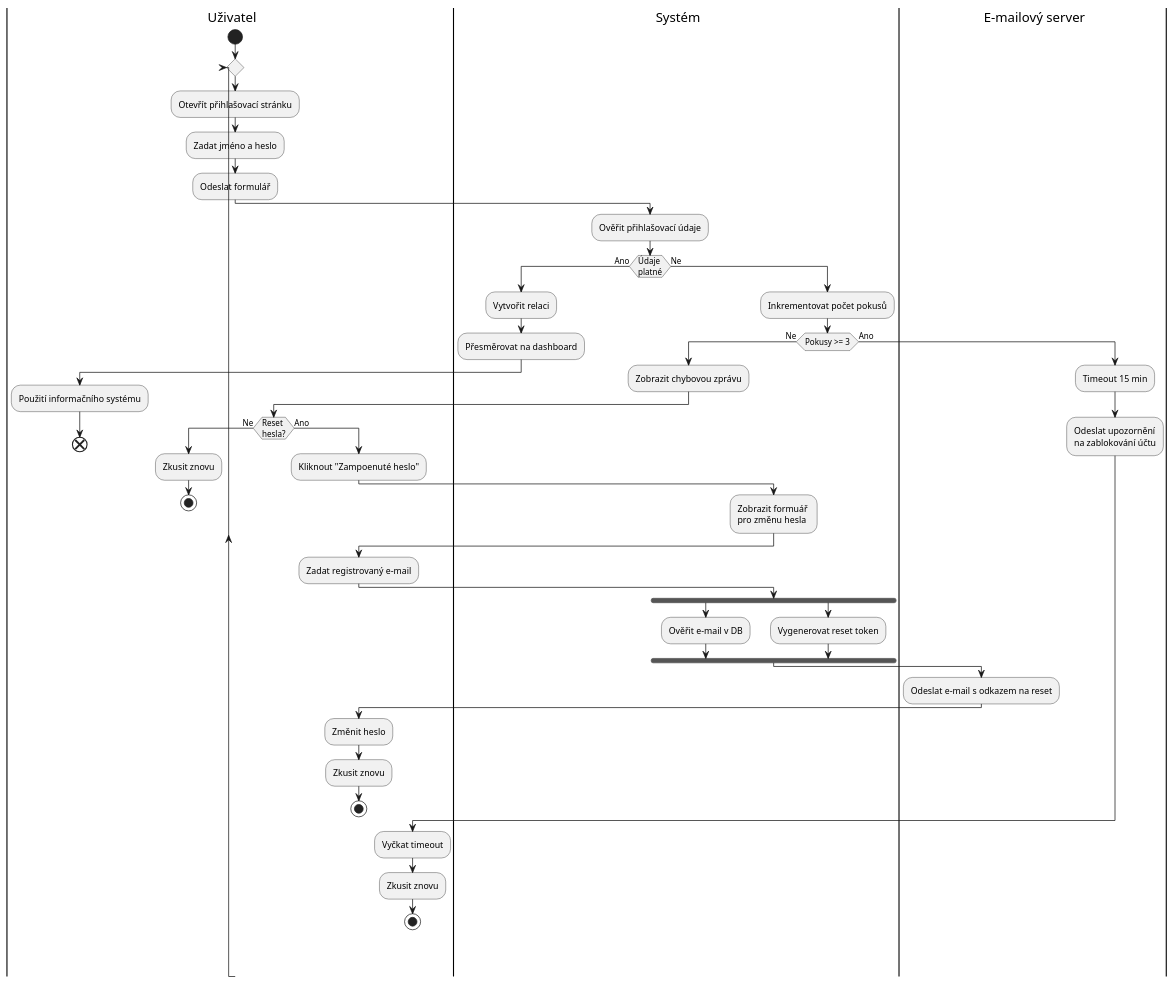
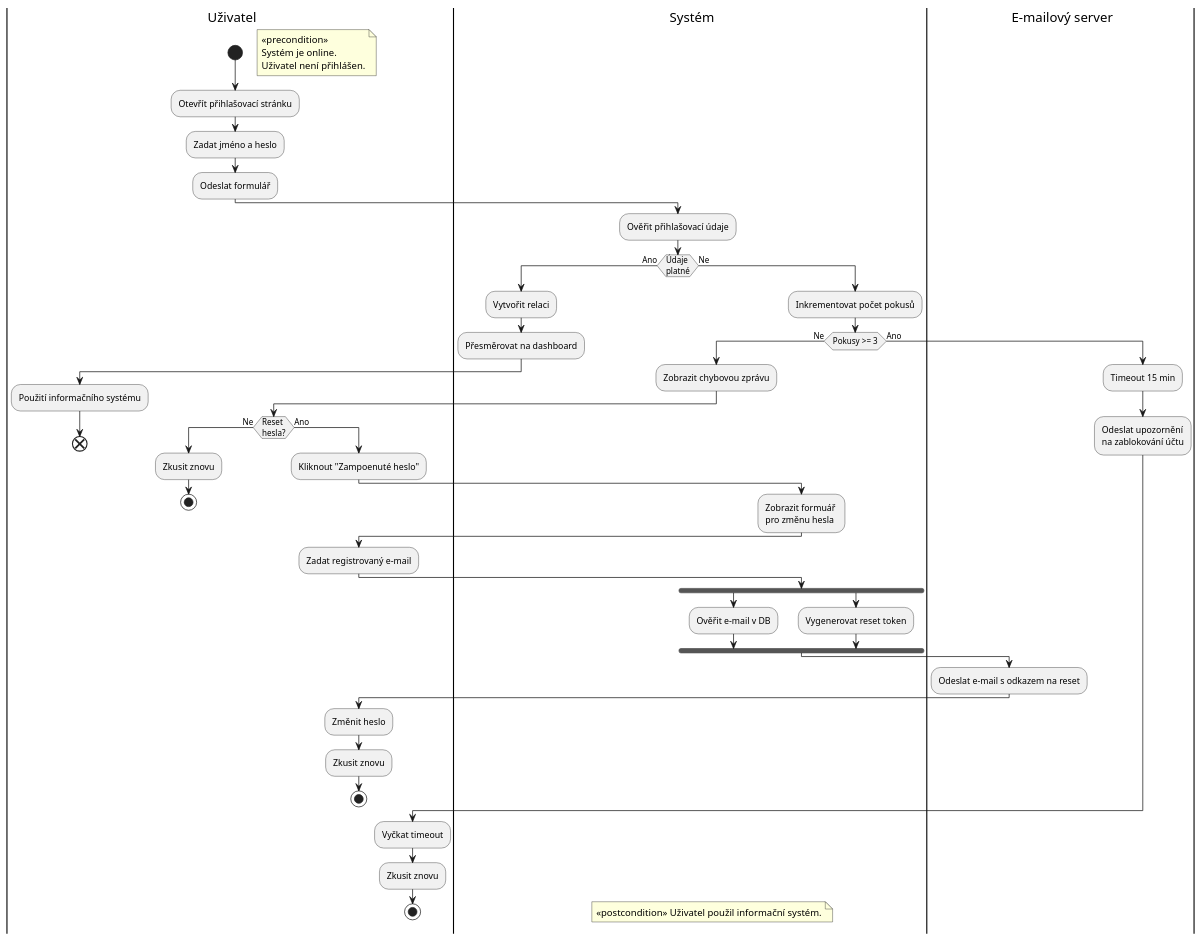
Before and after one commit to MasnfeldM/PIS: the diagram in presentation/ActionDiagram_v1.puml, drawn with PlantUML. The commit also changed 1 other file, not shown here.

Commit message:
Update ActionDiagram_v1.puml and ActionDiagram_v1.svg

```diff
--- a/presentation/ActionDiagram_v1.puml
+++ b/presentation/ActionDiagram_v1.puml
@@ -1,57 +1,55 @@
 @startuml
 |User| Uživatel
 start
-repeat
+floating note right: <<precondition>>\nSystém je online.\nUživatel není přihlášen.
 :Otevřít přihlašovací stránku;
 :Zadat jméno a heslo;
 :Odeslat formulář;
 |Sys| Systém
 :Ověřit přihlašovací údaje;
 if(Údaje\nplatné)then(Ano)
   :Vytvořit relaci;
   :Přesměrovat na dashboard;
   |User|
   :Použití informačního systému;
   end
 else(Ne)
   |Sys|
   :Inkrementovat počet pokusů;
   if(Pokusy >= 3)then(Ne)
     :Zobrazit chybovou zprávu;
     |User|
     if(Reset\nhesla?)then(Ne)
-     :Zkusit znovu;
-     stop
+      :Zkusit znovu;
+      stop
     else(Ano)
       :Kliknout "Zampoenuté heslo";
       |Sys|
       :Zobrazit formuář \npro změnu hesla;
       |User|
       :Zadat registrovaný e-mail;
       |Sys|
       fork
         :Ověřit e-mail v DB;
       fork again
         :Vygenerovat reset token;
       endfork
       |Email| E-mailový server
       :Odeslat e-mail s odkazem na reset;
       |User|
       :Změnit heslo;
       :Zkusit znovu;
       stop
-    endif 
+    endif
   else(Ano)
     |Email|
     :Timeout 15 min;
     :Odeslat upozornění\nna zablokování účtu;
-    
   endif
     |User|
     :Vyčkat timeout;
-
     :Zkusit znovu;
-  
-  stop
-
+    stop
+|Sys|    
+floating note : <<postcondition>> Uživatel použil informační systém.
 @enduml
```
